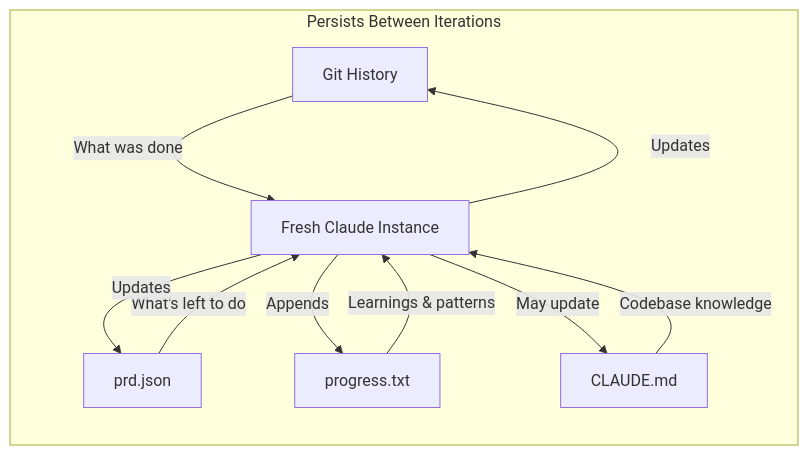
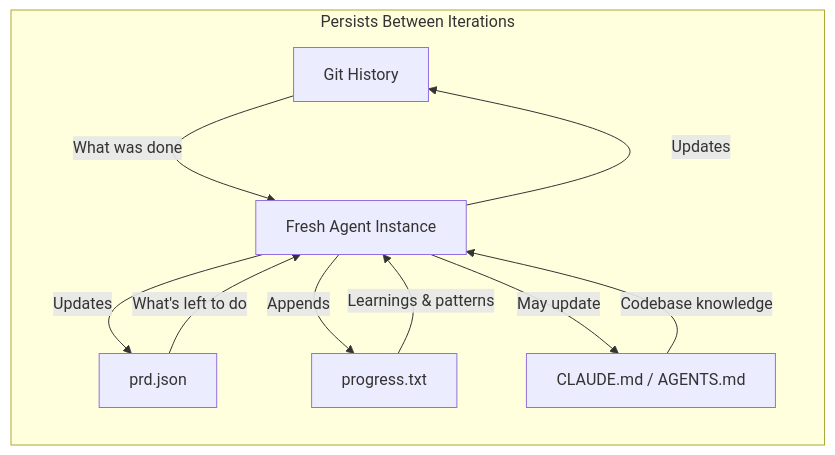
Before and after one commit to jayozer/ralph_code: the third of 4 diagrams in README.md, drawn with Mermaid. The commit also changed other lines of this file and 15 other files, not shown here.

````diff
--- a/README.md
+++ b/README.md
@@ -113,14 +264,14 @@
 ```mermaid
 graph LR
     subgraph persist["Persists Between Iterations"]
-        A[Git History] --> |"What was done"| D[Fresh Claude Instance]
+        A[Git History] --> |"What was done"| D[Fresh Agent Instance]
         B[prd.json] --> |"What's left to do"| D
         C[progress.txt] --> |"Learnings & patterns"| D
-        E[CLAUDE.md] --> |"Codebase knowledge"| D
+        E[CLAUDE.md / AGENTS.md] --> |"Codebase knowledge"| D
     end
 
     D --> |"Updates"| A
     D --> |"Updates"| B
     D --> |"Appends"| C
     D --> |"May update"| E
 ```
````
